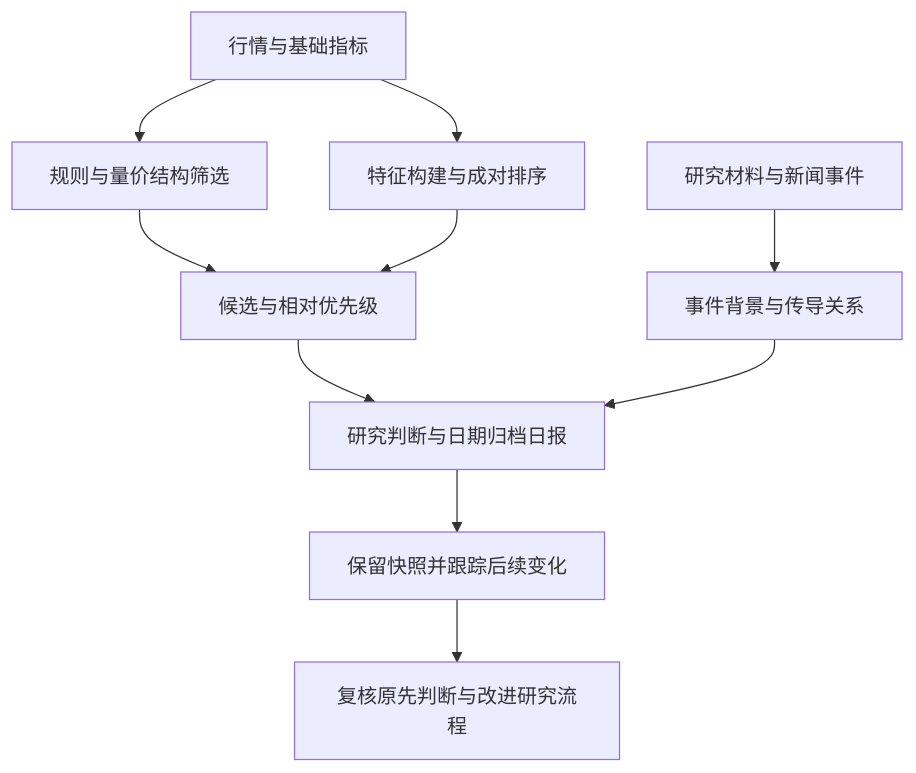
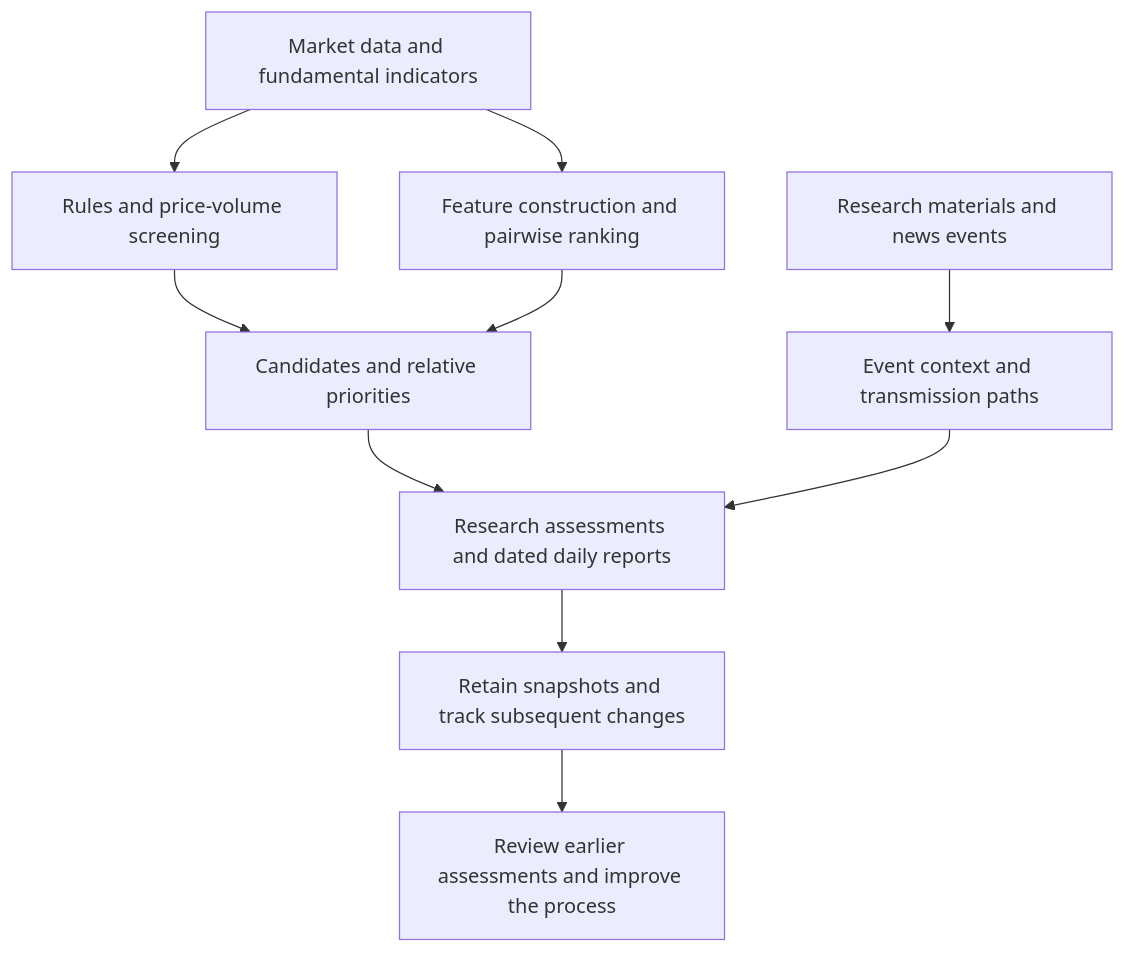
One commit to duroey/duroey changed the diagram in projects/quant-workbench.md. Above: the diagram before and after it, drawn with Mermaid. The commit also changed other lines of this file and 1 other file, not shown here.

````diff
--- a/projects/quant-workbench.md
+++ b/projects/quant-workbench.md
@@ -17,12 +17,12 @@
 ```mermaid
 flowchart TD
-    A[行情与基础指标] --> B[规则与量价结构筛选]
-    A --> C[特征构建与成对排序]
-    B --> D[候选与相对优先级]
+    A[Market data and fundamental indicators] --> B[Rules and price-volume screening]
+    A --> C[Feature construction and pairwise ranking]
+    B --> D[Candidates and relative priorities]
     C --> D
-    E[研究材料与新闻事件] --> F[事件背景与传导关系]
-    D --> G[研究判断与日期归档日报]
+    E[Research materials and news events] --> F[Event context and transmission paths]
+    D --> G[Research assessments and dated daily reports]
     F --> G
-    G --> H[保留快照并跟踪后续变化]
-    H --> I[复核原先判断与改进研究流程]
+    G --> H[Retain snapshots and track subsequent changes]
+    H --> I[Review earlier assessments and improve the process]
 ```
````
